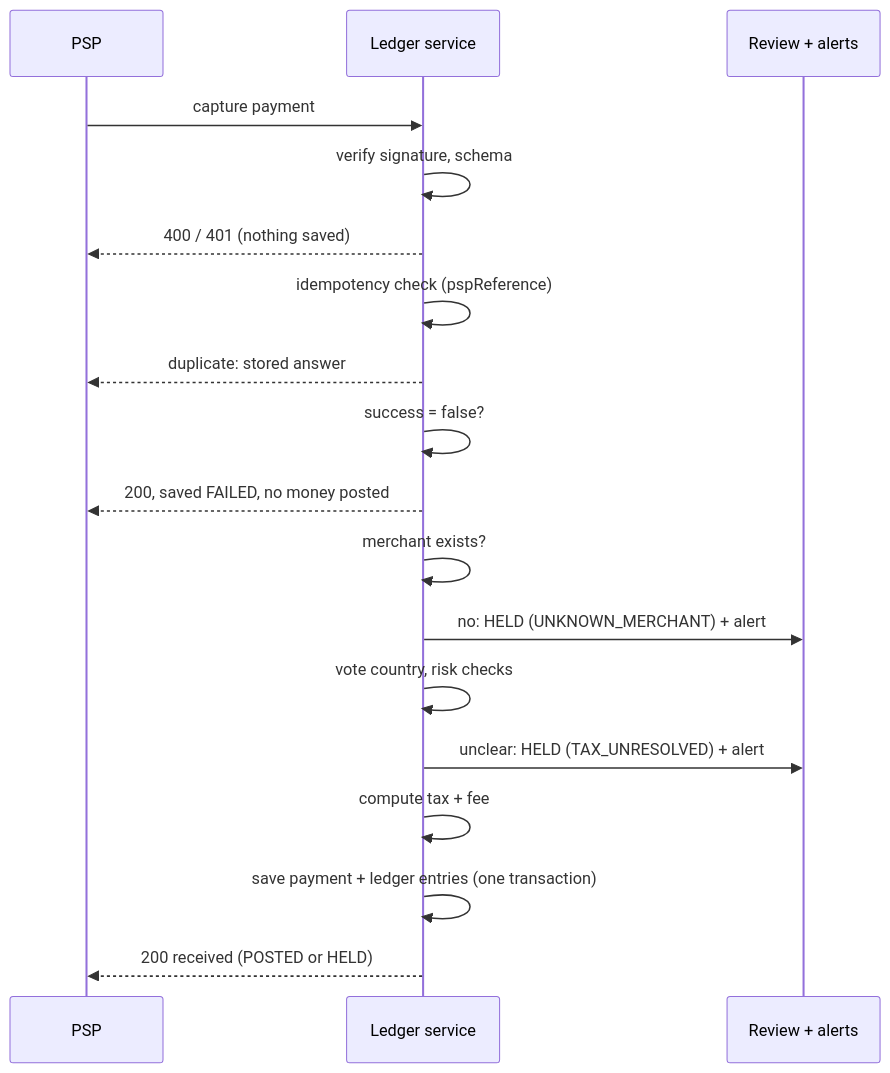
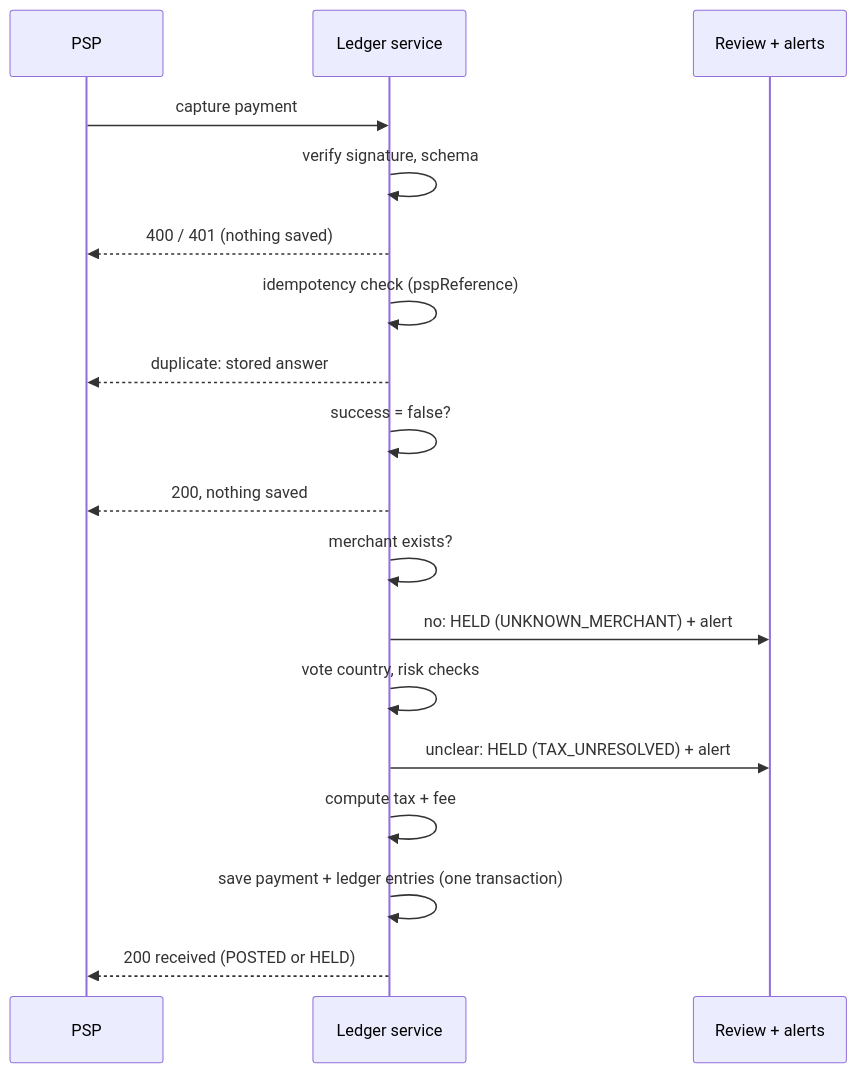
The first of 5 diagrams in README.md (Pixhunter/Ledger), drawn with Mermaid before and after one commit. The commit also changed other lines of this file and 43 other files, not shown here.

````diff
--- a/README.md
+++ b/README.md
@@ -122,20 +122,20 @@
 ```mermaid
 sequenceDiagram
     participant PSP
     participant L as Ledger service
     participant R as Review + alerts
     PSP->>L: capture payment
     L->>L: verify signature, schema
     L-->>PSP: 400 / 401 (nothing saved)
     L->>L: idempotency check (pspReference)
     L-->>PSP: duplicate: stored answer
     L->>L: success = false?
-    L-->>PSP: 200, saved FAILED, no money posted
+    L-->>PSP: 200, nothing saved
     L->>L: merchant exists?
     L->>R: no: HELD (UNKNOWN_MERCHANT) + alert
     L->>L: vote country, risk checks
     L->>R: unclear: HELD (TAX_UNRESOLVED) + alert
     L->>L: compute tax + fee
     L->>L: save payment + ledger entries (one transaction)
     L-->>PSP: 200 received (POSTED or HELD)
 ```
````
